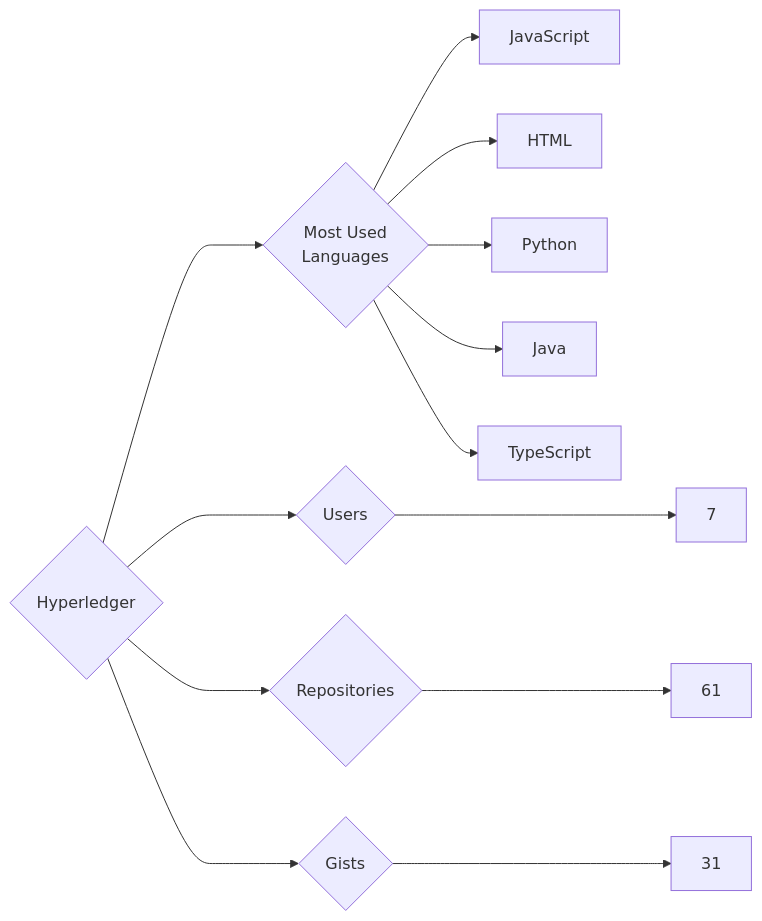
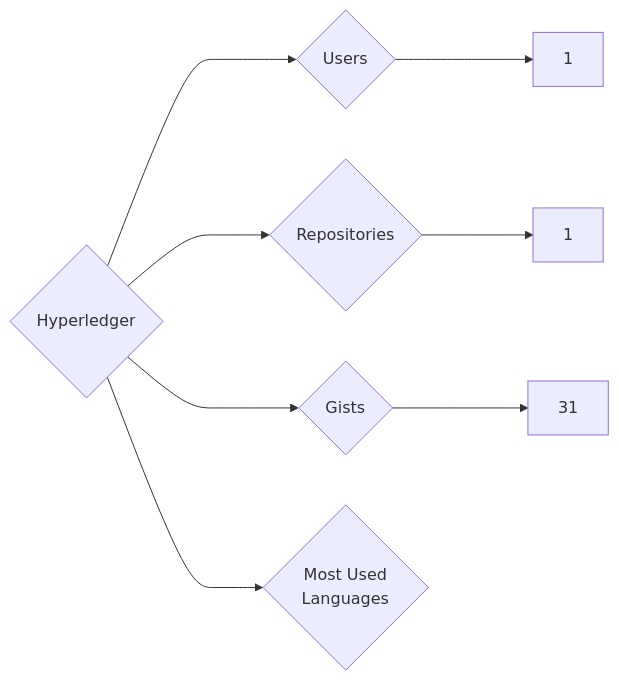
One commit to trickest/insiders changed the diagram in targets/Hyperledger/README.md. Above: the diagram before and after it, drawn with Mermaid. The commit also changed 618 other files, not shown here.

````diff
--- a/targets/Hyperledger/README.md
+++ b/targets/Hyperledger/README.md
@@ -3,13 +3,8 @@
 ```mermaid
 graph LR
 COMPANY_NAME{Hyperledger}
-COMPANY_NAME ---> U{Users} ---> UN[7]
-COMPANY_NAME ---> R{Repositories} ---> RN[61]
+COMPANY_NAME ---> U{Users} ---> UN[1]
+COMPANY_NAME ---> R{Repositories} ---> RN[1]
 COMPANY_NAME ---> G{Gists} ---> GN[31]
 COMPANY_NAME ---> ML{Most Used<br>Languages}
-ML --> JavaScript[JavaScript]
-ML --> HTML[HTML]
-ML --> Python[Python]
-ML --> Java[Java]
-ML --> TypeScript[TypeScript]
 ```
````
